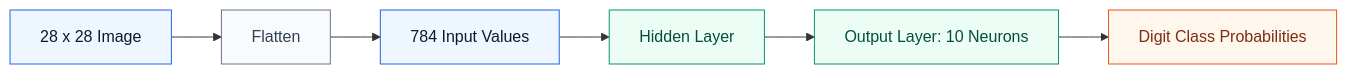
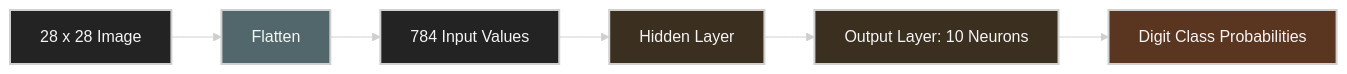
One commit to ziwon/ai-data-center-network changed the sixth of 12 diagrams in deep-learning-for-network-engineers/week01/README.md. Above: the diagram before and after it, drawn with Mermaid. The commit also changed other lines of this file and 35 other files, not shown here.

Commit message:
docs(mermaid): apply dark diagram style

````diff
--- a/deep-learning-for-network-engineers/week01/README.md
+++ b/deep-learning-for-network-engineers/week01/README.md
@@ -258,13 +263,14 @@
 ```mermaid
+%%{init: {"theme": "base", "themeVariables": {"background": "#171717", "primaryColor": "#232323", "primaryTextColor": "#f5f5f5", "primaryBorderColor": "#d0d0d0", "lineColor": "#cfcfcf", "fontFamily": "Inter, Arial, sans-serif"}}}%%
 flowchart LR
-    classDef input fill:#eef6ff,stroke:#2563eb,color:#0f172a
-    classDef transform fill:#f8fafc,stroke:#64748b,color:#334155
-    classDef layer fill:#ecfdf5,stroke:#059669,color:#064e3b
-    classDef output fill:#fff7ed,stroke:#ea580c,color:#7c2d12
+    classDef input fill:#232323,stroke:#d0d0d0,color:#f5f5f5,stroke-width:2px;
+    classDef transform fill:#52676b,stroke:#d0d0d0,color:#f5f5f5,stroke-width:2px;
+    classDef layer fill:#3b2f20,stroke:#d0d0d0,color:#f5f5f5,stroke-width:2px;
+    classDef output fill:#5a3520,stroke:#d0d0d0,color:#f5f5f5,stroke-width:2px;
 
     A[28 x 28 Image]:::input --> B[Flatten]:::transform
     B --> C[784 Input Values]:::input
     C --> D[Hidden Layer]:::layer
     D --> E[Output Layer: 10 Neurons]:::layer
     E --> F[Digit Class Probabilities]:::output
 ```
````
